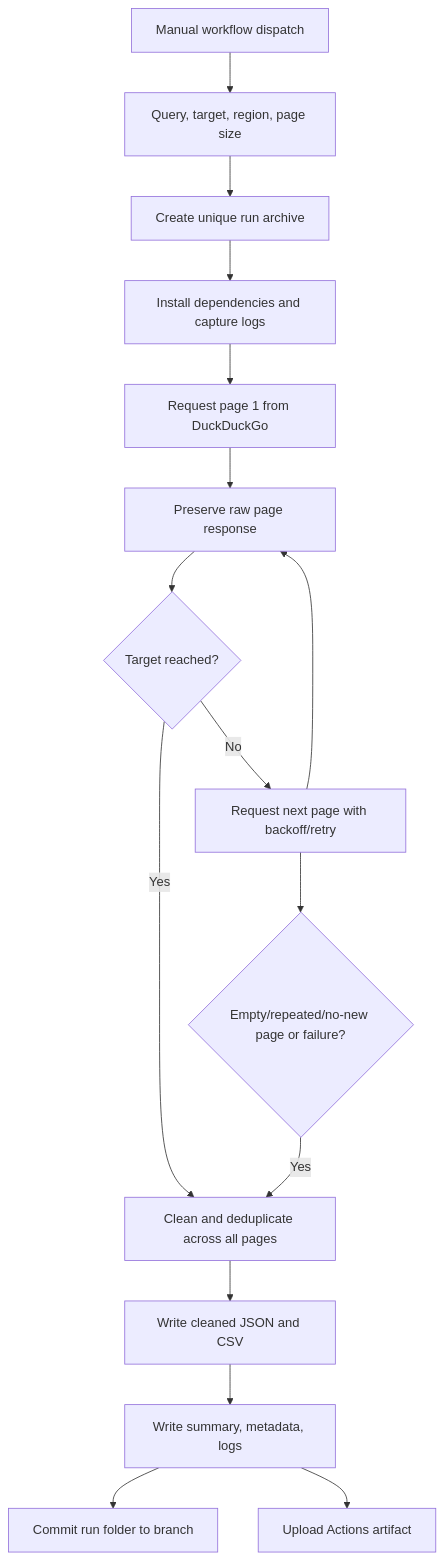
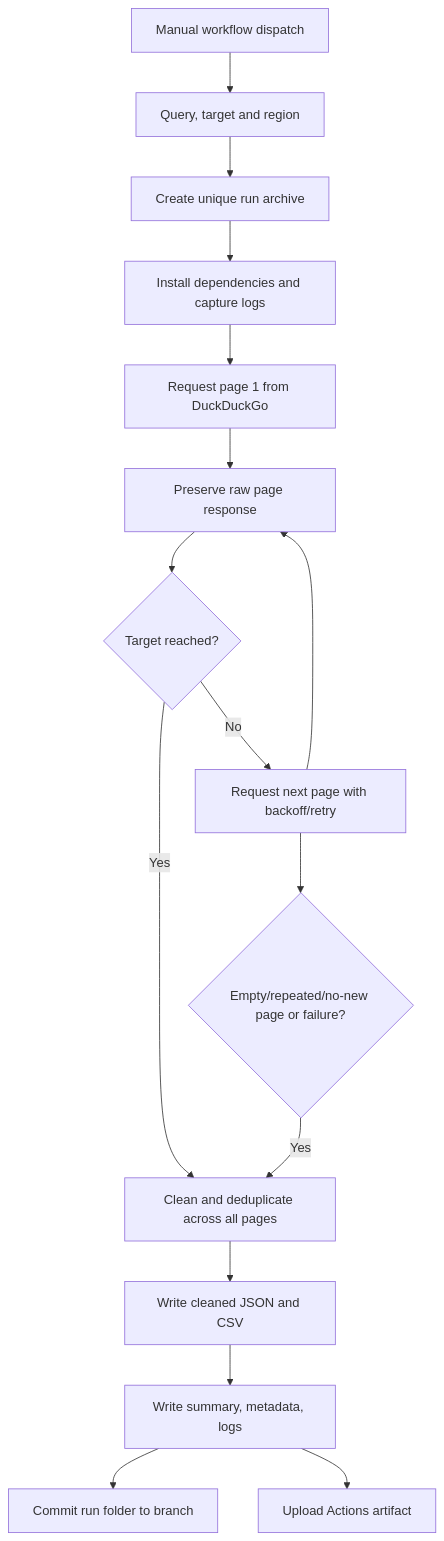
Before and after one commit to anuxlab/web-search-engine-pipeline: the diagram in docs/ARCHITECTURE.md, drawn with Mermaid. The commit also changed other lines of this file and 16 other files, not shown here.

````diff
--- a/docs/ARCHITECTURE.md
+++ b/docs/ARCHITECTURE.md
@@ -5,18 +5,18 @@
 ```mermaid
 flowchart TD
-  A[Manual workflow dispatch] --> B[Query, target, region, page size]
+  A[Manual workflow dispatch] --> B[Query, target and region]
   B --> C[Create unique run archive]
   C --> D[Install dependencies and capture logs]
   D --> E[Request page 1 from DuckDuckGo]
   E --> F[Preserve raw page response]
   F --> G{Target reached?}
   G -- No --> H[Request next page with backoff/retry]
   H --> F
   G -- Yes --> I[Clean and deduplicate across all pages]
   H --> J{Empty/repeated/no-new page or failure?}
   J -- Yes --> I
   I --> K[Write cleaned JSON and CSV]
   K --> L[Write summary, metadata, logs]
   L --> M[Commit run folder to branch]
   L --> N[Upload Actions artifact]
 ```
````
